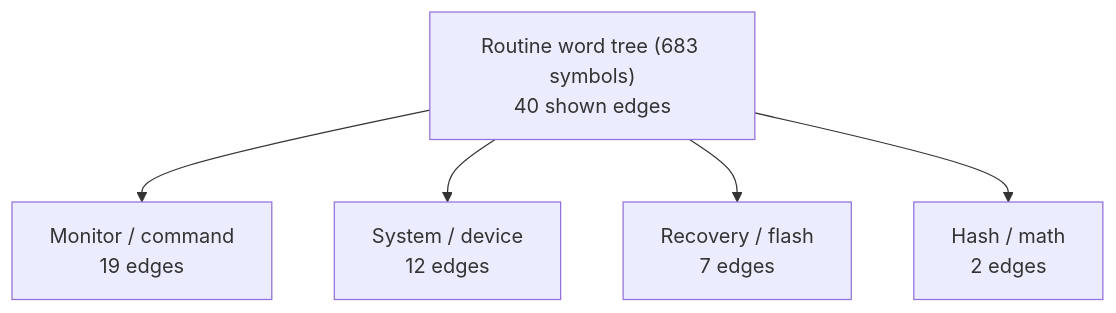
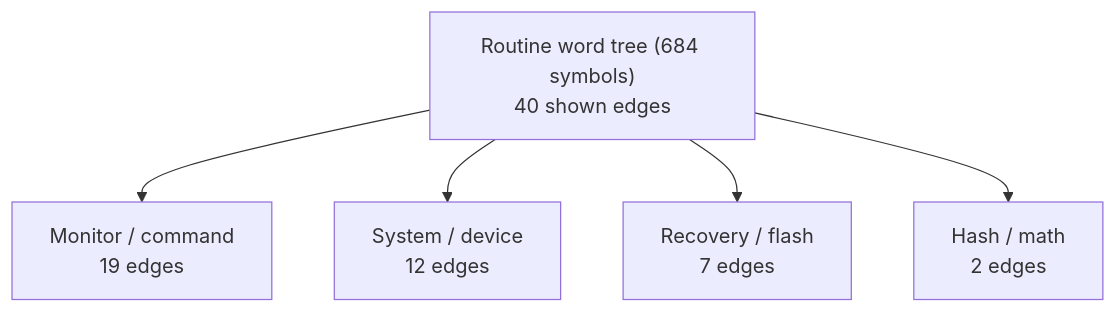
Before and after one commit to 95westus/R-YORS: the first of 6 diagrams in DOC/GENERATED/ROUTINE_WORD_TREE.md, drawn with Mermaid. The commit also changed other lines of this file and 20 other files, not shown here.

````diff
--- a/DOC/GENERATED/ROUTINE_WORD_TREE.md
+++ b/DOC/GENERATED/ROUTINE_WORD_TREE.md
@@ -16,7 +16,7 @@
 ```mermaid
 flowchart TD
-    MAP_ROOT_ROUTINE_WORD_TREE__683_SYMBOLS_["Routine word tree (683 symbols)<br/>40 shown edges"] --> MAP_FAMILY_MONITOR___COMMAND["Monitor / command<br/>19 edges"]
-    MAP_ROOT_ROUTINE_WORD_TREE__683_SYMBOLS_["Routine word tree (683 symbols)<br/>40 shown edges"] --> MAP_FAMILY_SYSTEM___DEVICE["System / device<br/>12 edges"]
-    MAP_ROOT_ROUTINE_WORD_TREE__683_SYMBOLS_["Routine word tree (683 symbols)<br/>40 shown edges"] --> MAP_FAMILY_RECOVERY___FLASH["Recovery / flash<br/>7 edges"]
-    MAP_ROOT_ROUTINE_WORD_TREE__683_SYMBOLS_["Routine word tree (683 symbols)<br/>40 shown edges"] --> MAP_FAMILY_HASH___MATH["Hash / math<br/>2 edges"]
+    MAP_ROOT_ROUTINE_WORD_TREE__684_SYMBOLS_["Routine word tree (684 symbols)<br/>40 shown edges"] --> MAP_FAMILY_MONITOR___COMMAND["Monitor / command<br/>19 edges"]
+    MAP_ROOT_ROUTINE_WORD_TREE__684_SYMBOLS_["Routine word tree (684 symbols)<br/>40 shown edges"] --> MAP_FAMILY_SYSTEM___DEVICE["System / device<br/>12 edges"]
+    MAP_ROOT_ROUTINE_WORD_TREE__684_SYMBOLS_["Routine word tree (684 symbols)<br/>40 shown edges"] --> MAP_FAMILY_RECOVERY___FLASH["Recovery / flash<br/>7 edges"]
+    MAP_ROOT_ROUTINE_WORD_TREE__684_SYMBOLS_["Routine word tree (684 symbols)<br/>40 shown edges"] --> MAP_FAMILY_HASH___MATH["Hash / math<br/>2 edges"]
 ```
````
